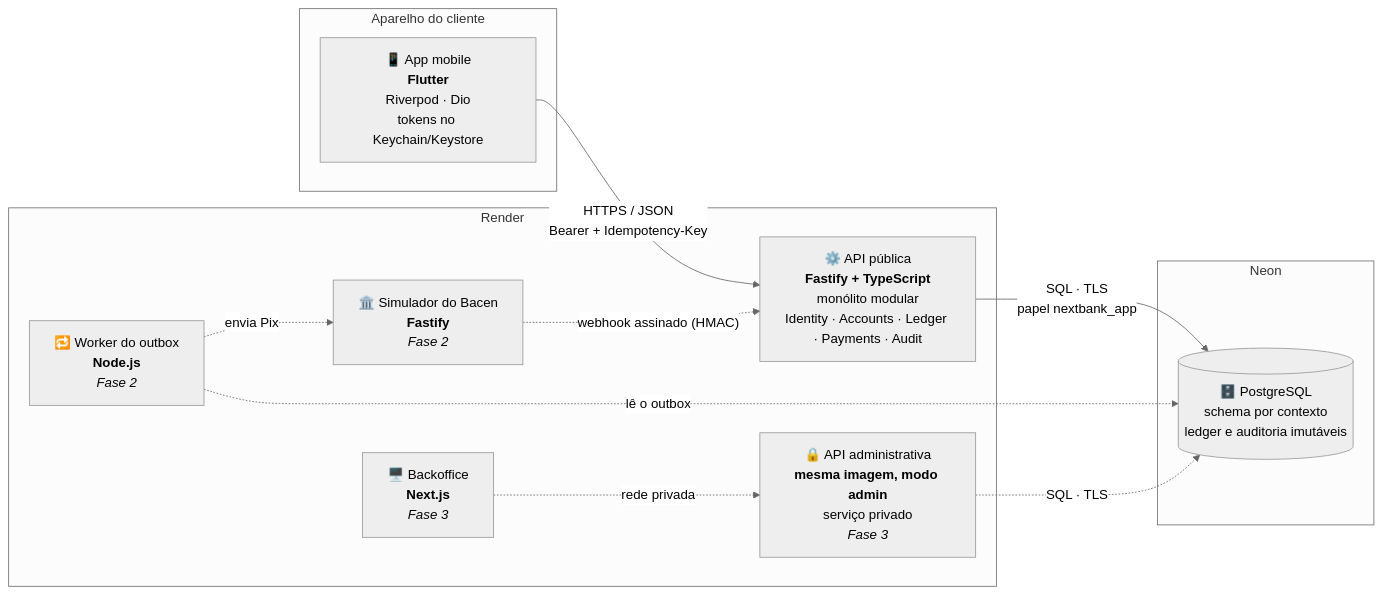
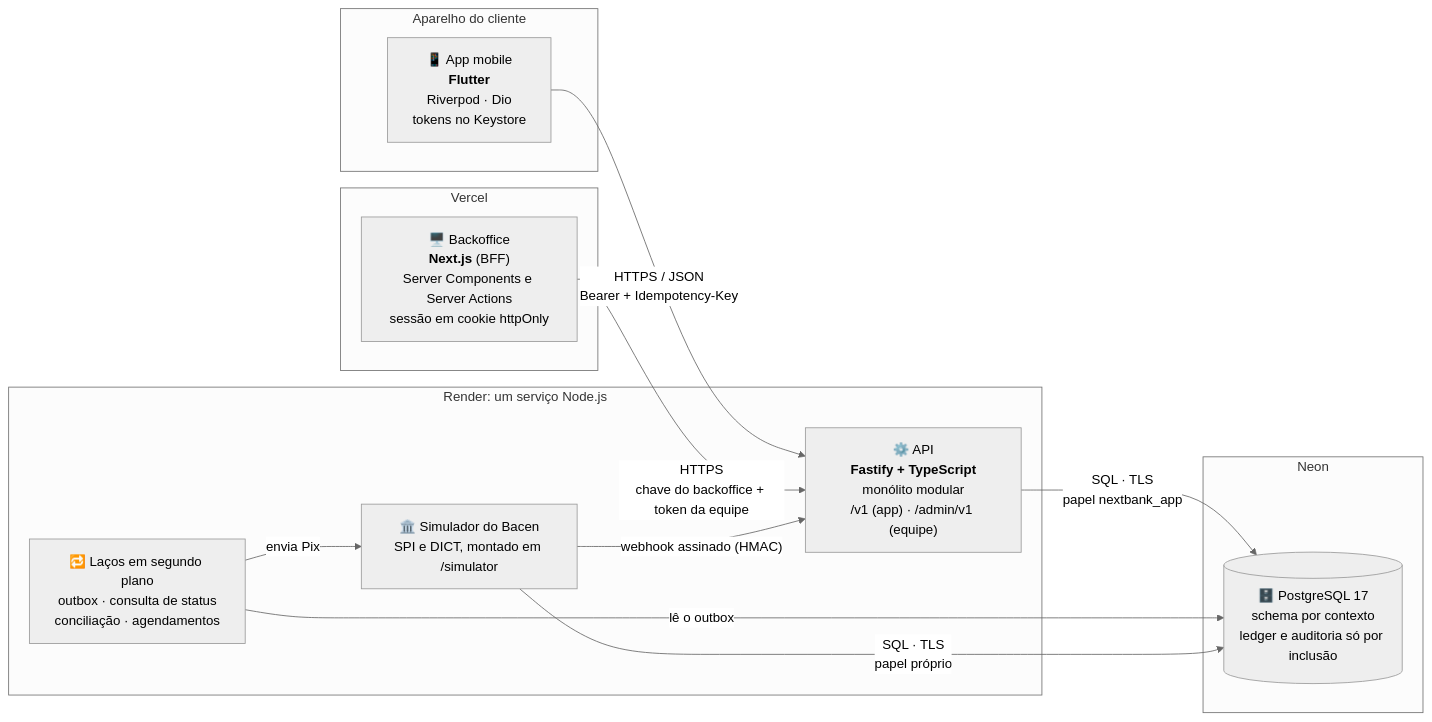
One commit to renatomf/next-bank changed the second of 3 diagrams in docs/architecture/c4.md. Above: the diagram before and after it, drawn with Mermaid (neutral theme). The commit also changed other lines of this file, not shown here.

First line of the commit message:
docs(architecture): draw the containers as they run after v1.3.0

````diff
--- a/docs/architecture/c4.md
+++ b/docs/architecture/c4.md
@@ -32,26 +32,28 @@
 ```mermaid
 flowchart LR
     subgraph DEVICE["Aparelho do cliente"]
-        APP["📱 App mobile<br/><b>Flutter</b><br/>Riverpod · Dio<br/>tokens no Keychain/Keystore"]
+        APP["📱 App mobile<br/><b>Flutter</b><br/>Riverpod · Dio<br/>tokens no Keystore"]
     end
 
-    subgraph RENDER["Render"]
-        API["⚙️ API pública<br/><b>Fastify + TypeScript</b><br/>monólito modular<br/>Identity · Accounts · Ledger · Payments · Audit"]
-        WRK["🔁 Worker do outbox<br/><b>Node.js</b><br/><i>Fase 2</i>"]
-        ADM["🔒 API administrativa<br/><b>mesma imagem, modo admin</b><br/>serviço privado<br/><i>Fase 3</i>"]
-        BO["🖥️ Backoffice<br/><b>Next.js</b><br/><i>Fase 3</i>"]
-        SIM["🏛️ Simulador do Bacen<br/><b>Fastify</b><br/><i>Fase 2</i>"]
+    subgraph VERCEL["Vercel"]
+        BO["🖥️ Backoffice<br/><b>Next.js</b> (BFF)<br/>Server Components e Server Actions<br/>sessão em cookie httpOnly"]
+    end
+
+    subgraph RENDER["Render: um serviço Node.js"]
+        API["⚙️ API<br/><b>Fastify + TypeScript</b><br/>monólito modular<br/>/v1 (app) · /admin/v1 (equipe)"]
+        WRK["🔁 Laços em segundo plano<br/>outbox · consulta de status<br/>conciliação · agendamentos"]
+        SIM["🏛️ Simulador do Bacen<br/>SPI e DICT, montado em /simulator"]
     end
 
     subgraph NEON["Neon"]
-        DB[("🗄️ PostgreSQL<br/>schema por contexto<br/>ledger e auditoria imutáveis")]
+        DB[("🗄️ PostgreSQL 17<br/>schema por contexto<br/>ledger e auditoria só por inclusão")]
     end
 
     APP -- "HTTPS / JSON<br/>Bearer + Idempotency-Key" --> API
+    BO -- "HTTPS<br/>chave do backoffice + token da equipe" --> API
     API -- "SQL · TLS<br/>papel nextbank_app" --> DB
-    WRK -. "lê o outbox" .-> DB
-    WRK -. "envia Pix" .-> SIM
-    SIM -. "webhook assinado (HMAC)" .-> API
-    BO -. "rede privada" .-> ADM
-    ADM -. "SQL · TLS" .-> DB
+    WRK -- "lê o outbox" --> DB
+    WRK -- "envia Pix" --> SIM
+    SIM -- "webhook assinado (HMAC)" --> API
+    SIM -- "SQL · TLS<br/>papel próprio" --> DB
 ```
````
